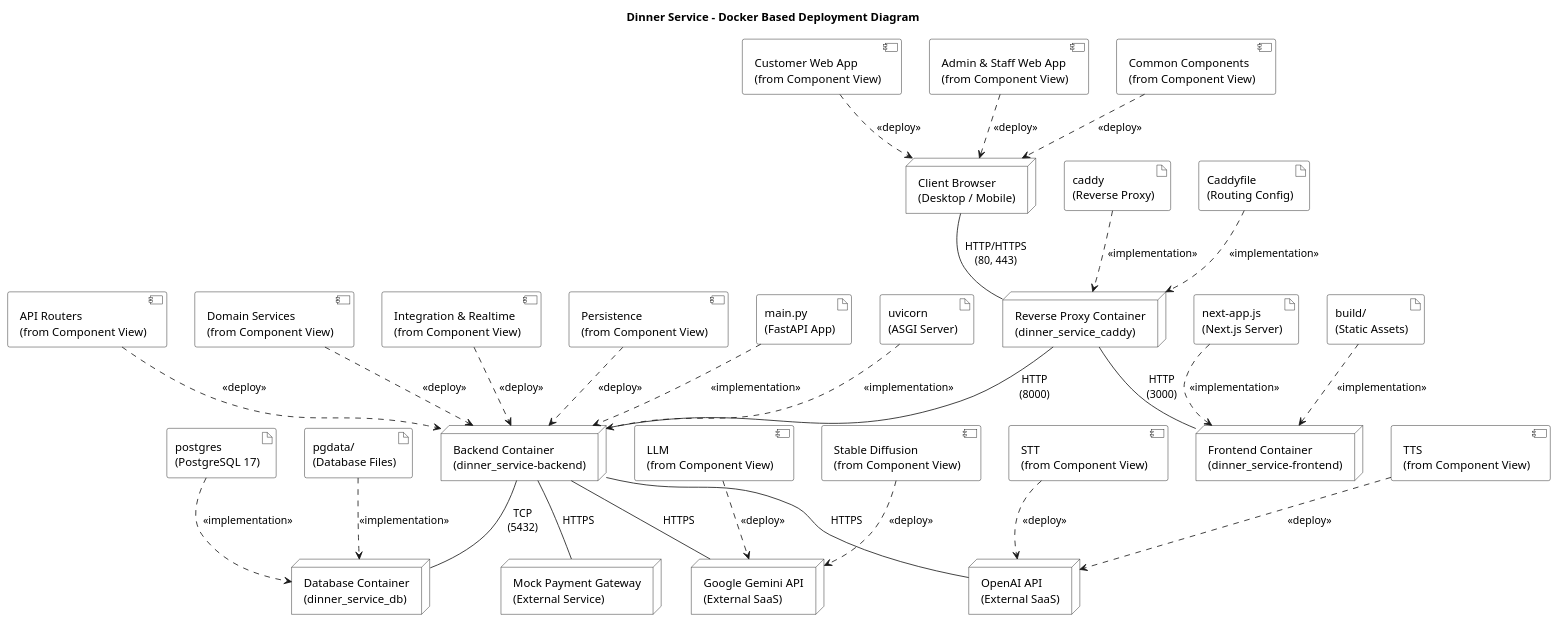
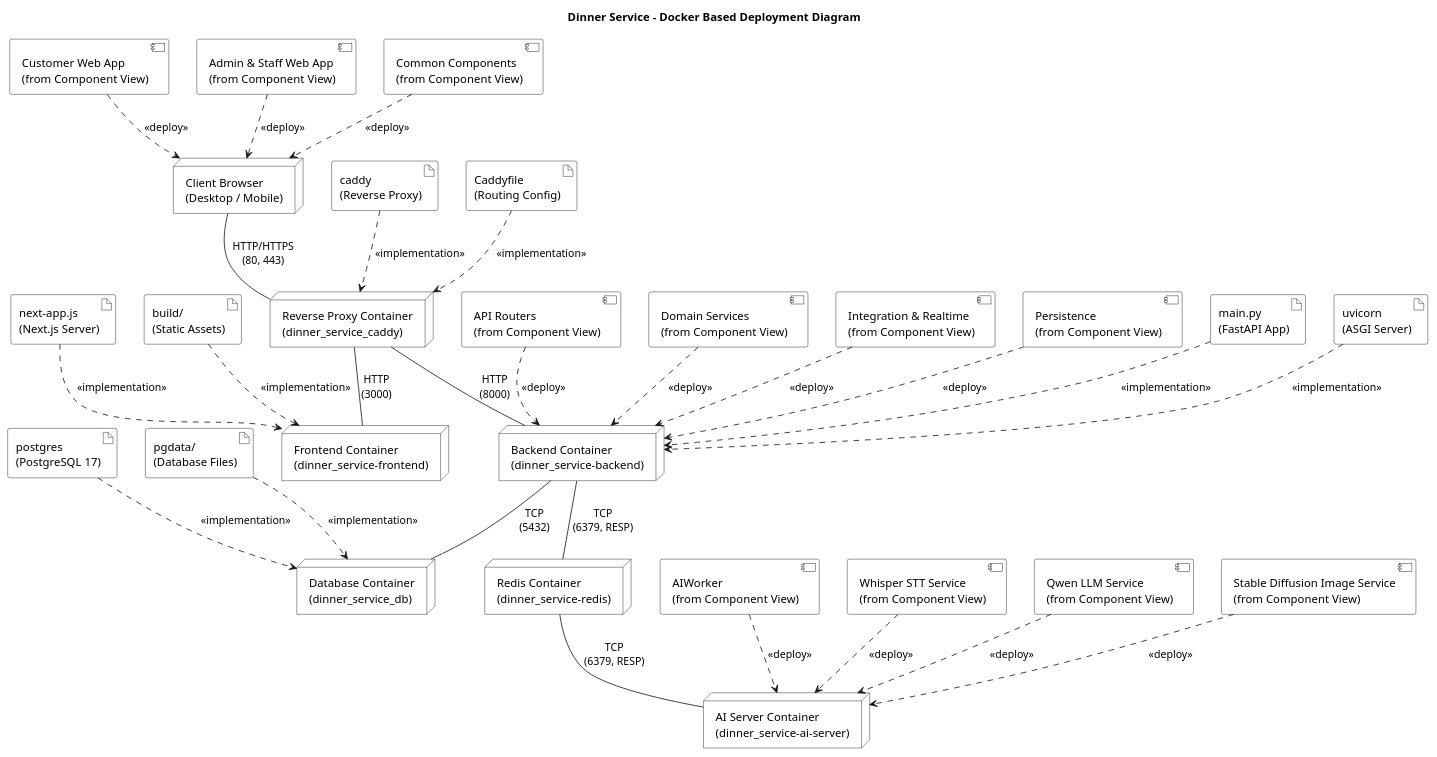
Before and after one commit to UOS2025SWE/MrDaebak: the diagram in SWE_Diagram/deployment_diagrams/docker_deployment_diagram.puml, drawn with PlantUML. The commit also changed 26 other files, not shown here.

Commit message:
산출물 다이어그램 및 설명 최종

```diff
--- a/SWE_Diagram/deployment_diagrams/docker_deployment_diagram.puml
+++ b/SWE_Diagram/deployment_diagrams/docker_deployment_diagram.puml
@@ -1,150 +1,147 @@
 @startuml
 title "Dinner Service - Docker Based Deployment Diagram"
 
 skinparam linestyle ortho
 skinparam node {
     BackgroundColor White
     BorderColor Black
 }
 skinparam component {
     BackgroundColor White
     BorderColor Black
 }
 skinparam artifact {
     BackgroundColor White
     BorderColor Black
 }
 
 ' ==========================================
 ' 1. 컴포넌트 (Component View)
 ' ==========================================
 component "Customer Web App\n(from Component View)" as CustomerApp
 component "Admin & Staff Web App\n(from Component View)" as AdminApp
 component "Common Components\n(from Component View)" as CommonComp
 
 component "API Routers\n(from Component View)" as ApiRouters
 component "Domain Services\n(from Component View)" as DomainServices
 component "Integration & Realtime\n(from Component View)" as IntegrationRealtime
 component "Persistence\n(from Component View)" as Persistence
 
-component "LLM\n(from Component View)" as LLM
-component "Stable Diffusion\n(from Component View)" as StableDiffusion
-component "STT\n(from Component View)" as STT
-component "TTS\n(from Component View)" as TTS
+component "AIWorker\n(from Component View)" as AIWorker
+component "Whisper STT Service\n(from Component View)" as WhisperSTT
+component "Qwen LLM Service\n(from Component View)" as QwenLLM
+component "Stable Diffusion Image Service\n(from Component View)" as StableDiffusion
 
 
 ' ==========================================
 ' 2. 아티팩트 (Artifacts)
 ' ==========================================
 artifact "next-app.js\n(Next.js Server)" as NextServer
 artifact "build/\n(Static Assets)" as BuildDir
 
 artifact "main.py\n(FastAPI App)" as MainPy
 artifact "uvicorn\n(ASGI Server)" as Uvicorn
 
 artifact "postgres\n(PostgreSQL 17)" as PostgresExe
 artifact "pgdata/\n(Database Files)" as PgData
 
 artifact "caddy\n(Reverse Proxy)" as CaddyExe
 artifact "Caddyfile\n(Routing Config)" as CaddyConf
 
 
 ' ==========================================
 ' 3. 노드 (Nodes)
 ' ==========================================
 node "Client Browser\n(Desktop / Mobile)" as ClientBrowser
 
 node "Frontend Container\n(dinner_service-frontend)" as FrontendContainer
 
 node "Backend Container\n(dinner_service-backend)" as BackendContainer
 
 node "Database Container\n(dinner_service_db)" as DatabaseContainer
 
 node "Reverse Proxy Container\n(dinner_service_caddy)" as ReverseProxyContainer
 
-node "Google Gemini API\n(External SaaS)" as GeminiAPI
+node "AI Server Container\n(dinner_service-ai-server)" as AIServerContainer
 
-node "OpenAI API\n(External SaaS)" as OpenAIAPI
-
-node "Mock Payment Gateway\n(External Service)" as PaymentGW
+node "Redis Container\n(dinner_service-redis)" as RedisContainer
 
 
 ' ==========================================
 ' 4. 물리적 연결 (Physical Connections)
 ' ==========================================
 ClientBrowser -- ReverseProxyContainer : HTTP/HTTPS\n(80, 443)
 ReverseProxyContainer -- FrontendContainer : HTTP\n(3000)
 ReverseProxyContainer -- BackendContainer : HTTP\n(8000)
 BackendContainer -- DatabaseContainer : TCP\n(5432)
-BackendContainer -- GeminiAPI : HTTPS
-BackendContainer -- OpenAIAPI : HTTPS
-BackendContainer -- PaymentGW : HTTPS
+BackendContainer -- RedisContainer : TCP\n(6379, RESP)
+RedisContainer -- AIServerContainer : TCP\n(6379, RESP)
 
 
 ' ==========================================
 ' 5. 배포 관계 (Deployment Relationships)
 ' ==========================================
 CustomerApp ..> ClientBrowser : <<deploy>>
 AdminApp ..> ClientBrowser : <<deploy>>
 CommonComp ..> ClientBrowser : <<deploy>>
 
 ApiRouters ..> BackendContainer : <<deploy>>
 DomainServices ..> BackendContainer : <<deploy>>
 IntegrationRealtime ..> BackendContainer : <<deploy>>
 Persistence ..> BackendContainer : <<deploy>>
 
-LLM ..> GeminiAPI : <<deploy>>
-StableDiffusion ..> GeminiAPI : <<deploy>>
-
-STT ..> OpenAIAPI : <<deploy>>
-TTS ..> OpenAIAPI : <<deploy>>
+AIWorker ..> AIServerContainer : <<deploy>>
+WhisperSTT ..> AIServerContainer : <<deploy>>
+QwenLLM ..> AIServerContainer : <<deploy>>
+StableDiffusion ..> AIServerContainer : <<deploy>>
 
 
 ' ==========================================
 ' 6. 구현 관계 (Implementation Relationships)
 ' ==========================================
 NextServer ..> FrontendContainer : <<implementation>>
 BuildDir ..> FrontendContainer : <<implementation>>
 
 MainPy ..> BackendContainer : <<implementation>>
 Uvicorn ..> BackendContainer : <<implementation>>
 
 PostgresExe ..> DatabaseContainer : <<implementation>>
 PgData ..> DatabaseContainer : <<implementation>>
 
 CaddyExe ..> ReverseProxyContainer : <<implementation>>
 CaddyConf ..> ReverseProxyContainer : <<implementation>>
 
 
 ' ==========================================
 ' 7. 레이아웃 조정을 위한 히든 링크
 ' ==========================================
 CustomerApp -[hidden]right- AdminApp
 AdminApp -[hidden]right- CommonComp
 
 ApiRouters -[hidden]right- DomainServices
 DomainServices -[hidden]right- IntegrationRealtime
 IntegrationRealtime -[hidden]right- Persistence
 
-LLM -[hidden]right- StableDiffusion
-STT -[hidden]right- TTS
+AIWorker -[hidden]right- WhisperSTT
+WhisperSTT -[hidden]right- QwenLLM
+QwenLLM -[hidden]right- StableDiffusion
 
 NextServer -[hidden]right- BuildDir
 MainPy -[hidden]right- Uvicorn
 PostgresExe -[hidden]right- PgData
 CaddyExe -[hidden]right- CaddyConf
 
 CustomerApp -[hidden]down- ClientBrowser
 ApiRouters -[hidden]down- BackendContainer
 NextServer -[hidden]down- FrontendContainer
 PostgresExe -[hidden]down- DatabaseContainer
 CaddyExe -[hidden]down- ReverseProxyContainer
-LLM -[hidden]down- GeminiAPI
-STT -[hidden]down- OpenAIAPI
+AIWorker -[hidden]down- AIServerContainer
 
 ClientBrowser -[hidden]right- ReverseProxyContainer
 FrontendContainer -[hidden]right- BackendContainer
 BackendContainer -[hidden]right- DatabaseContainer
-GeminiAPI -[hidden]right- OpenAIAPI
+DatabaseContainer -[hidden]right- RedisContainer
+RedisContainer -[hidden]right- AIServerContainer
 
 @enduml
```
